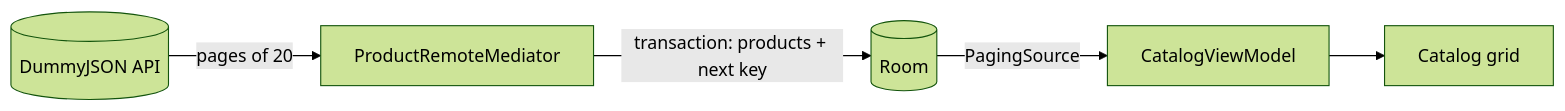
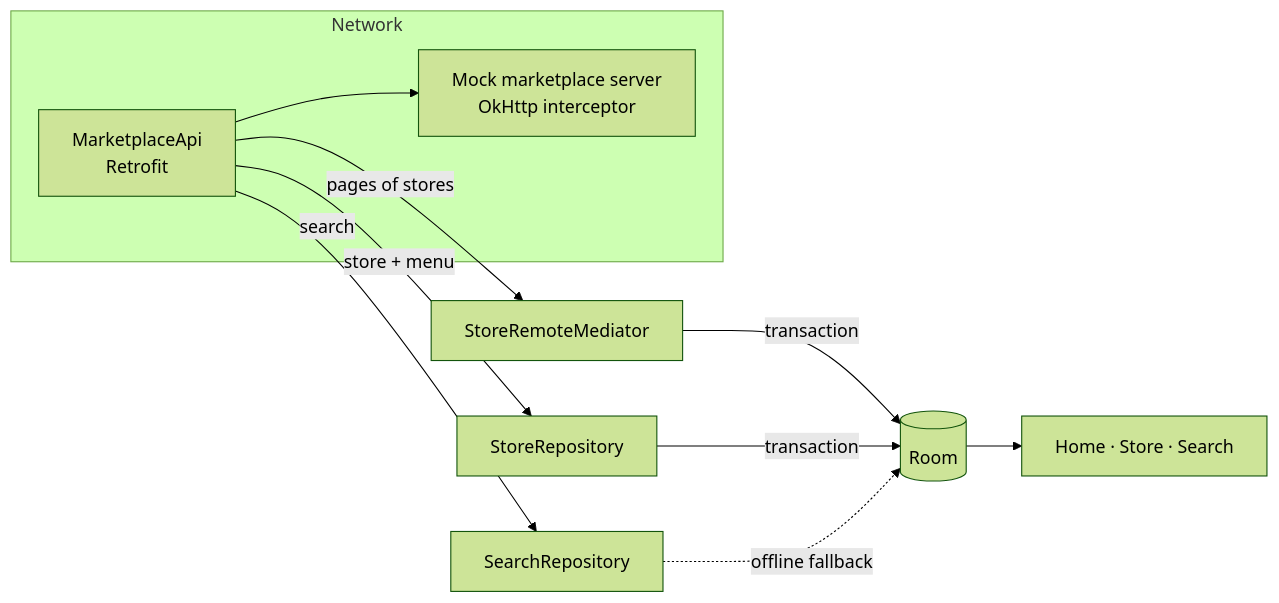
The diagram in README.md (Sravanthipanga/quickcart-android), drawn with Mermaid (forest theme) before and after one commit. The commit also changed other lines of this file and 95 other files, not shown here.

````diff
--- a/README.md
+++ b/README.md
@@ -28,7 +29,12 @@
 ```mermaid
 flowchart LR
-    API[(DummyJSON API)] -->|pages of 20| RM[ProductRemoteMediator]
-    RM -->|transaction: products + next key| DB[(Room)]
-    DB -->|PagingSource| VM[CatalogViewModel]
-    VM --> UI[Catalog grid]
+    subgraph Network
+        API[MarketplaceApi<br/>Retrofit] --> Mock[Mock marketplace server<br/>OkHttp interceptor]
+    end
+    API -->|pages of stores| RM[StoreRemoteMediator]
+    RM -->|transaction| DB[(Room)]
+    API -->|store + menu| SR[StoreRepository] -->|transaction| DB
+    API -->|search| SE[SearchRepository]
+    SE -.->|offline fallback| DB
+    DB --> UI[Home · Store · Search]
 ```
````
